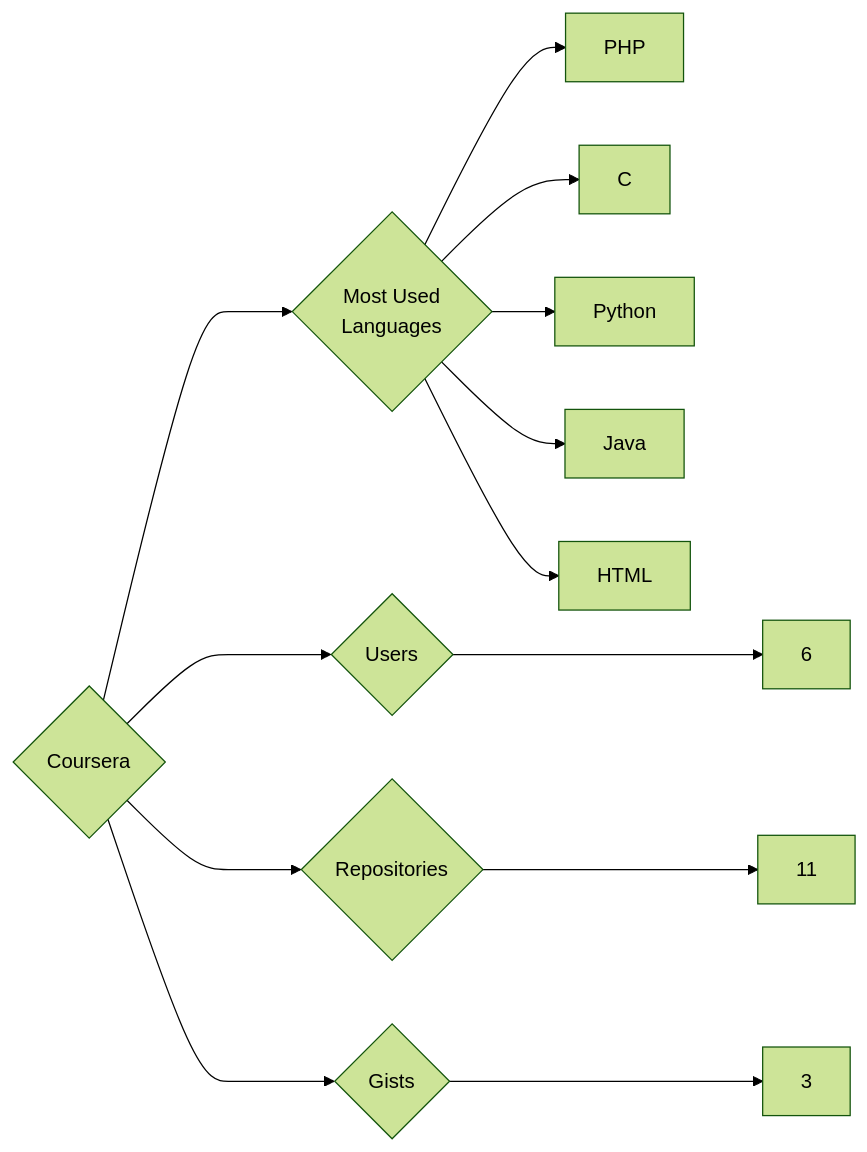
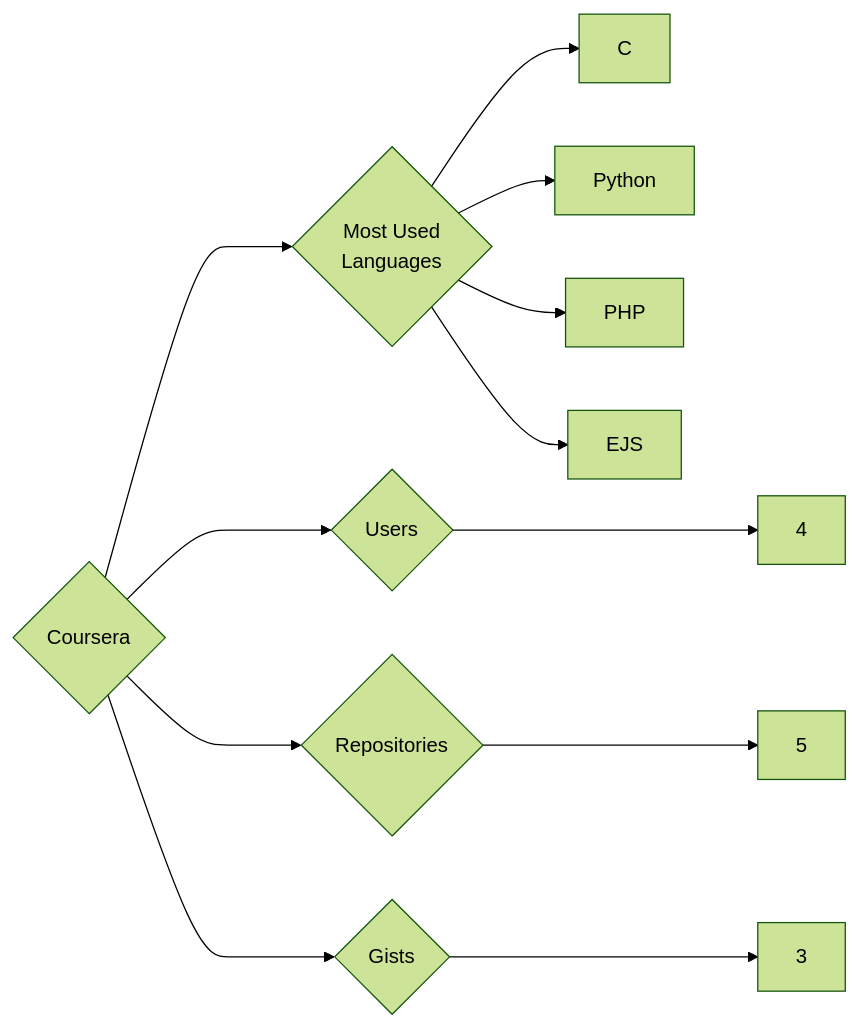
Before and after one commit to trickest/insiders: the diagram in targets/Coursera/README.md, drawn with Mermaid (forest theme). The commit also changed 873 other files, not shown here.

````diff
--- a/targets/Coursera/README.md
+++ b/targets/Coursera/README.md
@@ -3,13 +3,12 @@
 ```mermaid
 graph LR
 COMPANY_NAME{Coursera}
-COMPANY_NAME ---> U{Users} ---> UN[6]
-COMPANY_NAME ---> R{Repositories} ---> RN[11]
+COMPANY_NAME ---> U{Users} ---> UN[4]
+COMPANY_NAME ---> R{Repositories} ---> RN[5]
 COMPANY_NAME ---> G{Gists} ---> GN[3]
 COMPANY_NAME ---> ML{Most Used<br>Languages}
-ML --> PHP[PHP]
 ML --> C[C]
 ML --> Python[Python]
-ML --> Java[Java]
-ML --> HTML[HTML]
+ML --> PHP[PHP]
+ML --> EJS[EJS]
 ```
````
